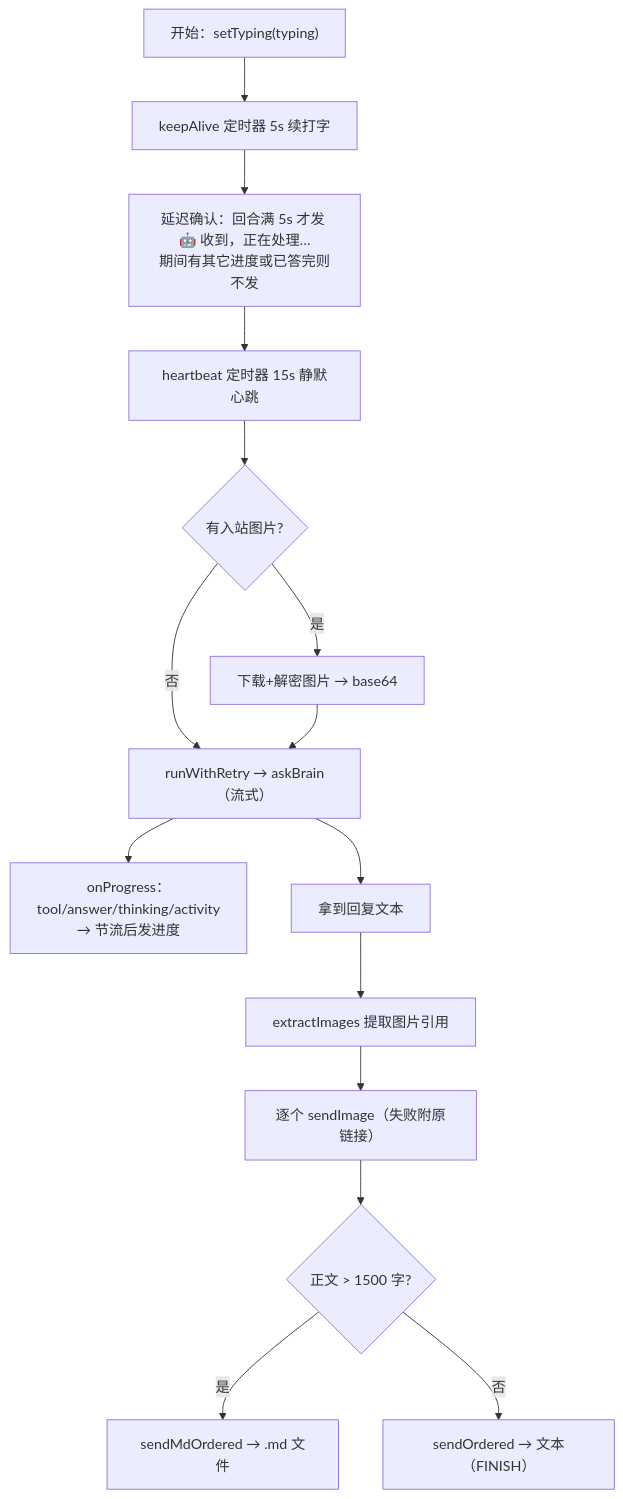
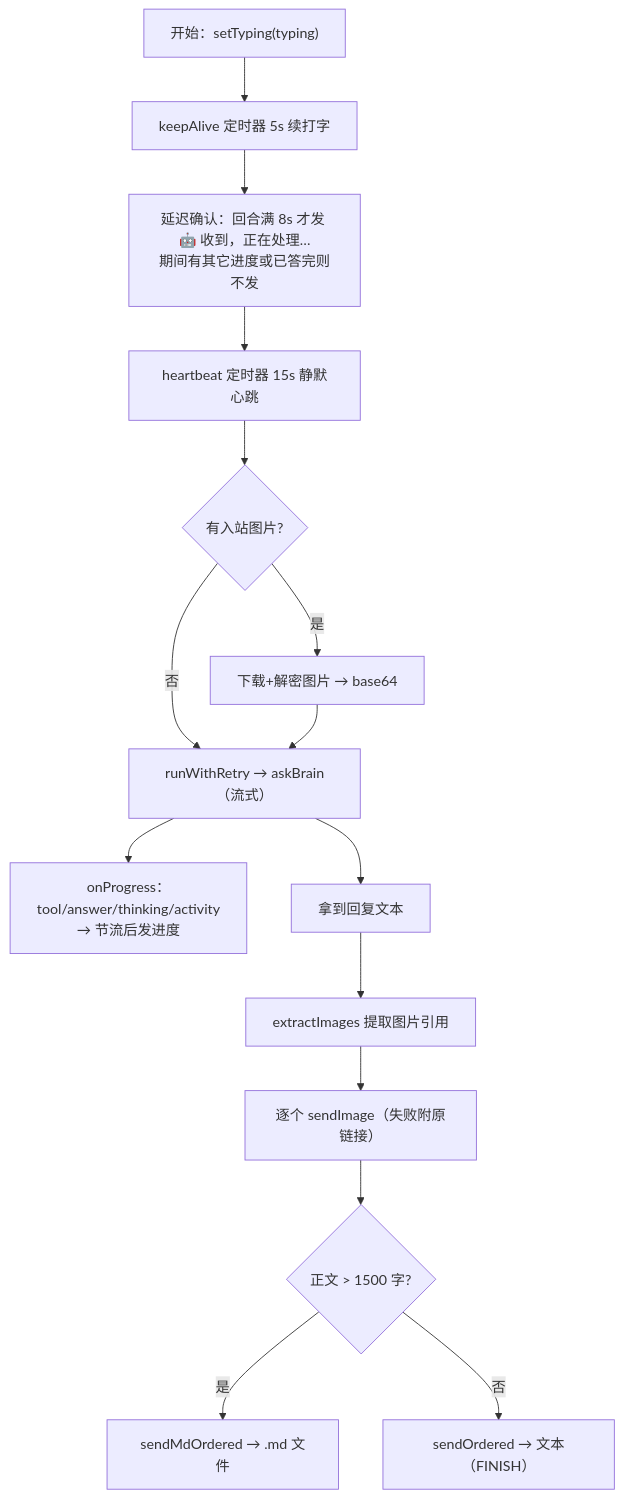
The third of 4 diagrams in docs/repowiki/05-daemon.md (imwangpan/WeMind), drawn with Mermaid before and after one commit. The commit also changed other lines of this file and 28 other files, not shown here.

````diff
--- a/docs/repowiki/05-daemon.md
+++ b/docs/repowiki/05-daemon.md
@@ -171,17 +171,17 @@
 ```mermaid
 graph TD
     S["开始：setTyping(typing)"] --> KA["keepAlive 定时器 5s 续打字"]
-    KA --> ACK["延迟确认：回合满 5s 才发 🤖 收到，正在处理…<br/>期间有其它进度或已答完则不发"]
+    KA --> ACK["延迟确认：回合满 8s 才发 🤖 收到，正在处理…<br/>期间有其它进度或已答完则不发"]
     ACK --> HB["heartbeat 定时器 15s 静默心跳"]
     HB --> IMG{"有入站图片?"}
     IMG -->|是| DL["下载+解密图片 → base64"]
     IMG -->|否| RUN
     DL --> RUN["runWithRetry → askBrain（流式）"]
     RUN --> PROG["onProgress：tool/answer/thinking/activity<br/>→ 节流后发进度"]
     RUN --> ANS["拿到回复文本"]
     ANS --> EXIMG["extractImages 提取图片引用"]
     EXIMG --> SENDIMG["逐个 sendImage（失败附原链接）"]
     SENDIMG --> LONG{"正文 > 1500 字?"}
     LONG -->|是| MD["sendMdOrdered → .md 文件"]
     LONG -->|否| TXT["sendOrdered → 文本（FINISH）"]
 ```
````
